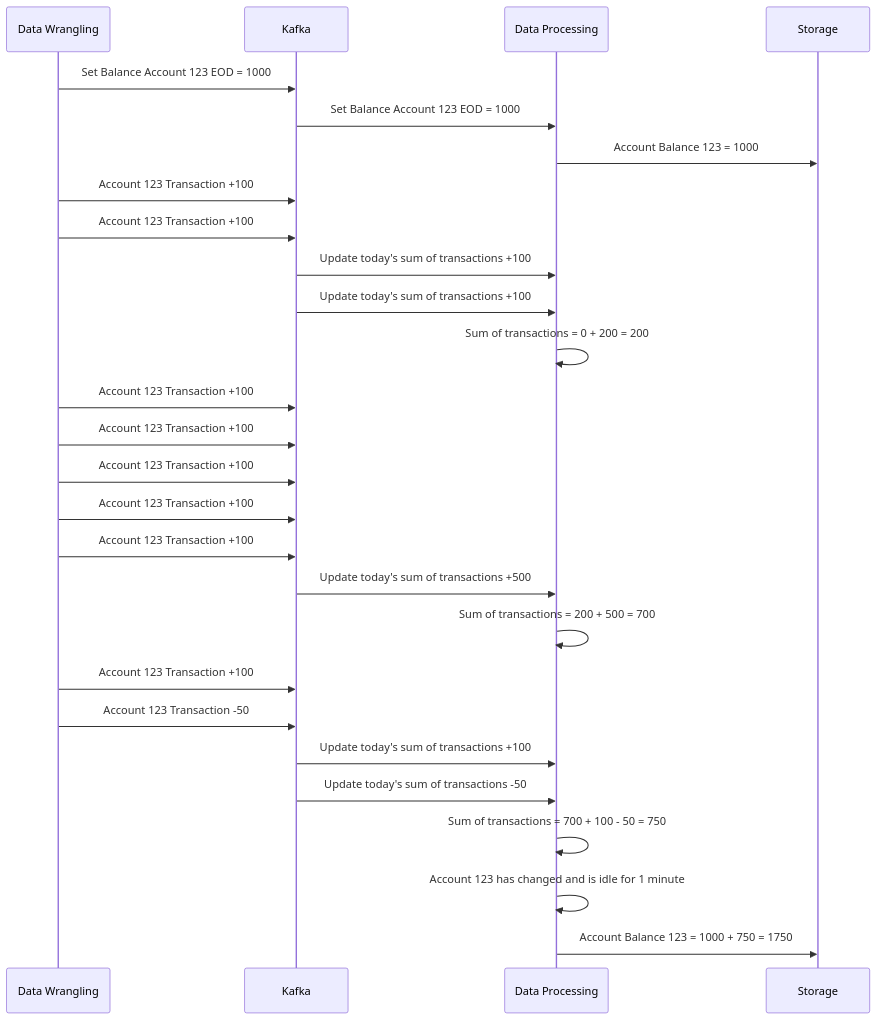
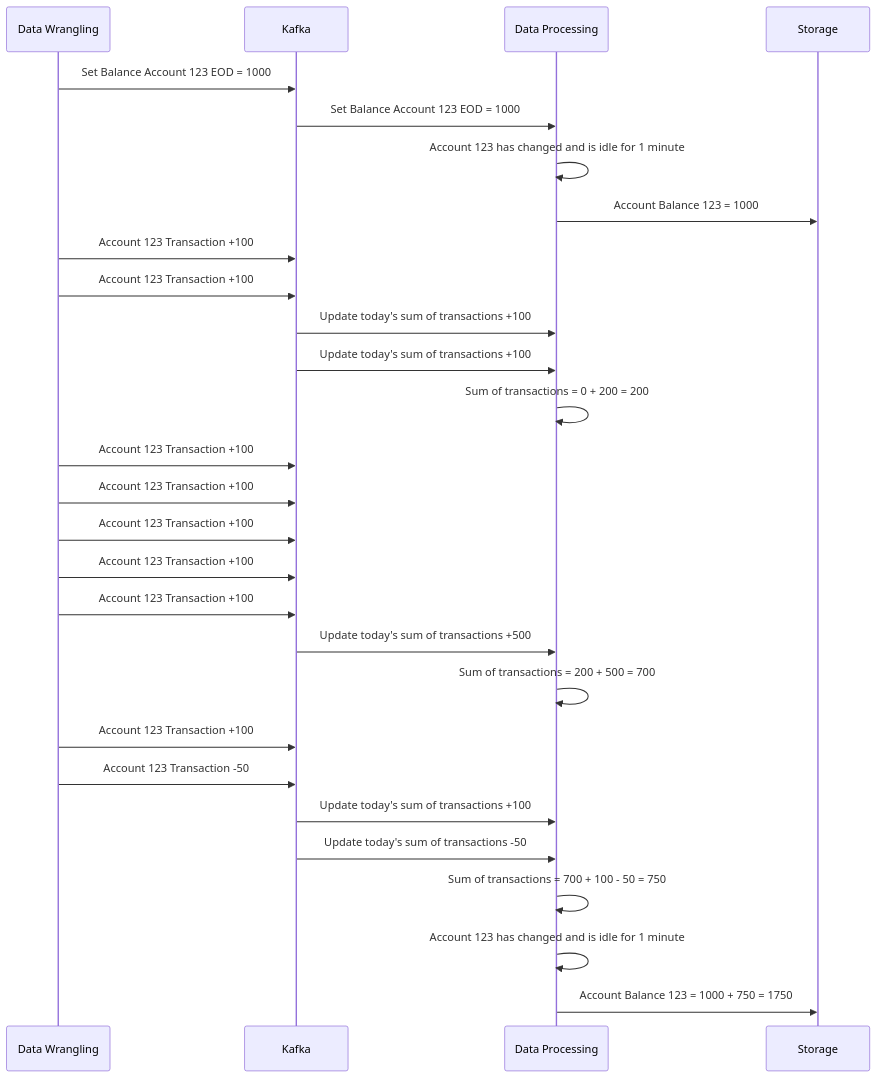
Before and after one commit to thiagomata/mockbank: the third of 3 diagrams in README.md, drawn with Mermaid. The commit also changed other lines of this file, not shown here.

Commit message:
small graph improvements

````diff
--- a/README.md
+++ b/README.md
@@ -525,29 +525,30 @@
 ```mermaid
 sequenceDiagram
     participant Data Wrangling
     participant Kafka
     participant Data Processing
     participant Storage
     Data Wrangling->>Kafka: Set Balance Account 123 EOD = 1000
     Kafka->>Data Processing: Set Balance Account 123 EOD = 1000
+    Data Processing->>Data Processing: Account 123 has changed and is idle for 1 minute
     Data Processing->>Storage:Account Balance 123 = 1000
     Data Wrangling->>Kafka:Account 123 Transaction +100
     Data Wrangling->>Kafka:Account 123 Transaction +100
     Kafka->>Data Processing: Update today's sum of transactions +100
     Kafka->>Data Processing: Update today's sum of transactions +100
     Data Processing->>Data Processing: Sum of transactions = 0 + 200 = 200
     Data Wrangling->>Kafka:Account 123 Transaction +100
     Data Wrangling->>Kafka:Account 123 Transaction +100
     Data Wrangling->>Kafka:Account 123 Transaction +100
     Data Wrangling->>Kafka:Account 123 Transaction +100
     Data Wrangling->>Kafka:Account 123 Transaction +100
     Kafka->>Data Processing: Update today's sum of transactions +500
     Data Processing->>Data Processing: Sum of transactions = 200 + 500 = 700
     Data Wrangling->>Kafka:Account 123 Transaction +100
     Data Wrangling->>Kafka:Account 123 Transaction -50
     Kafka->>Data Processing: Update today's sum of transactions +100
     Kafka->>Data Processing: Update today's sum of transactions -50
     Data Processing->>Data Processing: Sum of transactions = 700 + 100 - 50 = 750
     Data Processing->>Data Processing: Account 123 has changed and is idle for 1 minute
     Data Processing->>Storage:Account Balance 123 = 1000 + 750 = 1750
 ```
````
